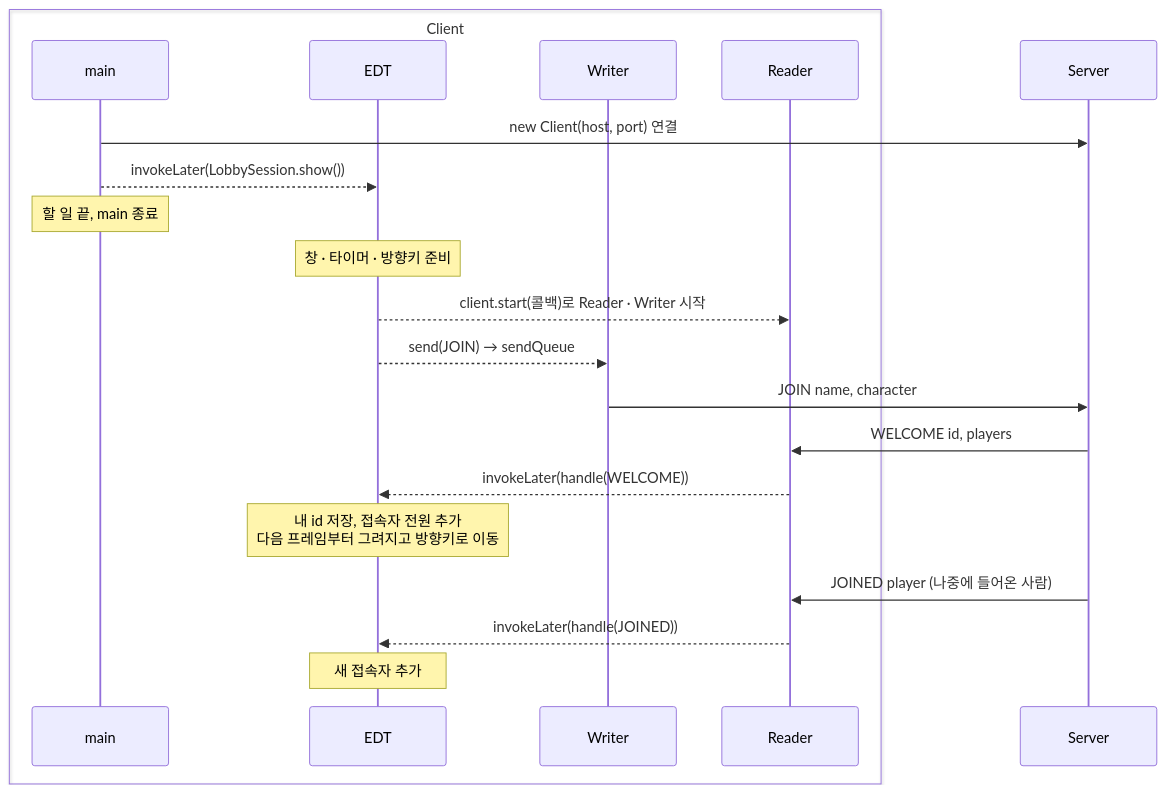
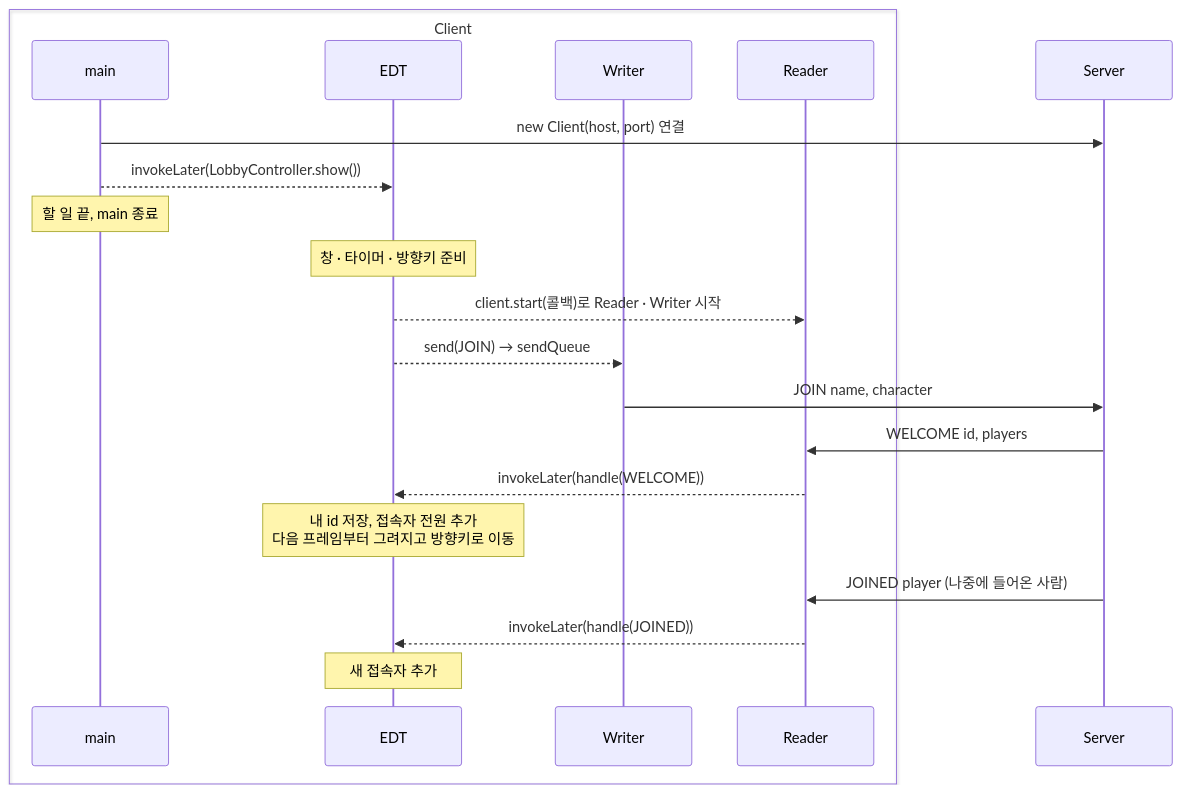
Before and after one commit to networkMinigame/minigame: the first of 2 diagrams in docs/thread-diagram/v2/sequence.md, drawn with Mermaid. The commit also changed other lines of this file and 31 other files, not shown here.

````diff
--- a/docs/thread-diagram/v2/sequence.md
+++ b/docs/thread-diagram/v2/sequence.md
@@ -10,24 +10,24 @@
 ```mermaid
 sequenceDiagram
     box Client
         participant M as main
         participant E as EDT
         participant W as Writer
         participant R as Reader
     end
     participant S as Server
 
     M->>S: new Client(host, port) 연결
-    M-->>E: invokeLater(LobbySession.show())
+    M-->>E: invokeLater(LobbyController.show())
     Note over M: 할 일 끝, main 종료
     Note over E: 창 · 타이머 · 방향키 준비
     E-->>R: client.start(콜백)로 Reader · Writer 시작
     E-->>W: send(JOIN) → sendQueue
     W->>S: JOIN name, character
     S->>R: WELCOME id, players
     R-->>E: invokeLater(handle(WELCOME))
     Note over E: 내 id 저장, 접속자 전원 추가<br/>다음 프레임부터 그려지고 방향키로 이동
     S->>R: JOINED player (나중에 들어온 사람)
     R-->>E: invokeLater(handle(JOINED))
     Note over E: 새 접속자 추가
 ```
````
